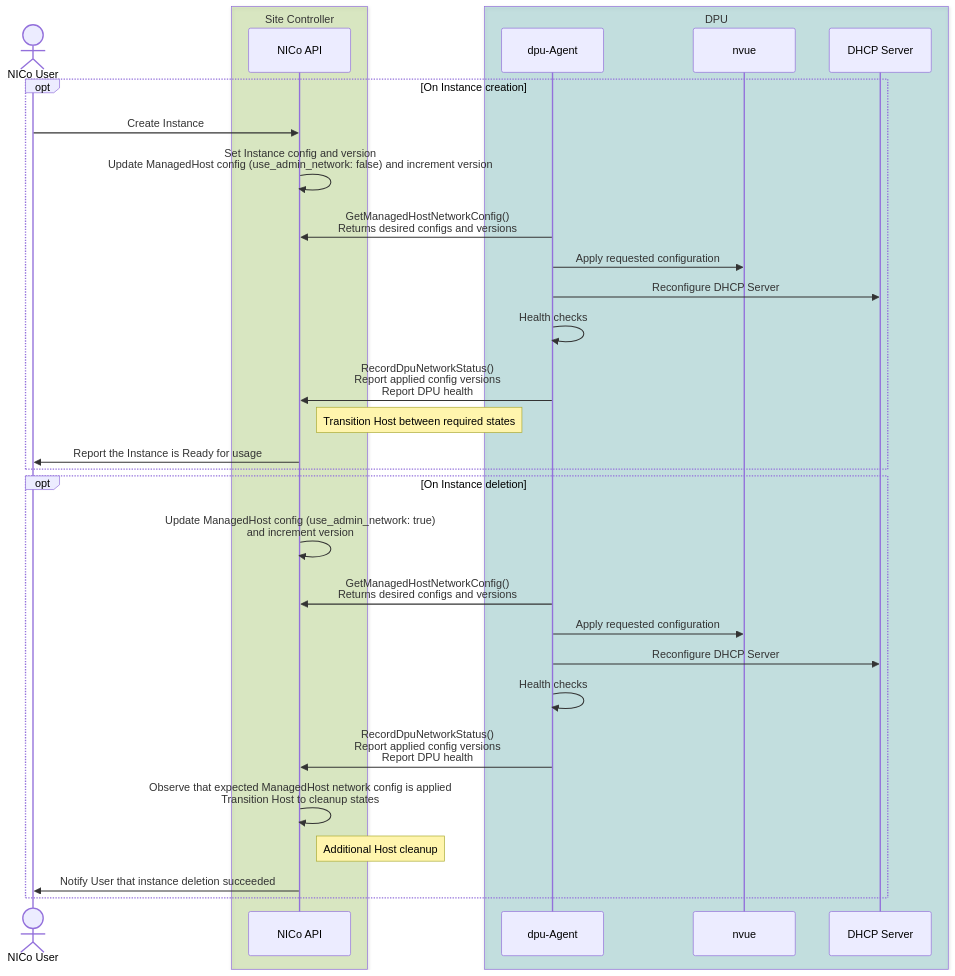
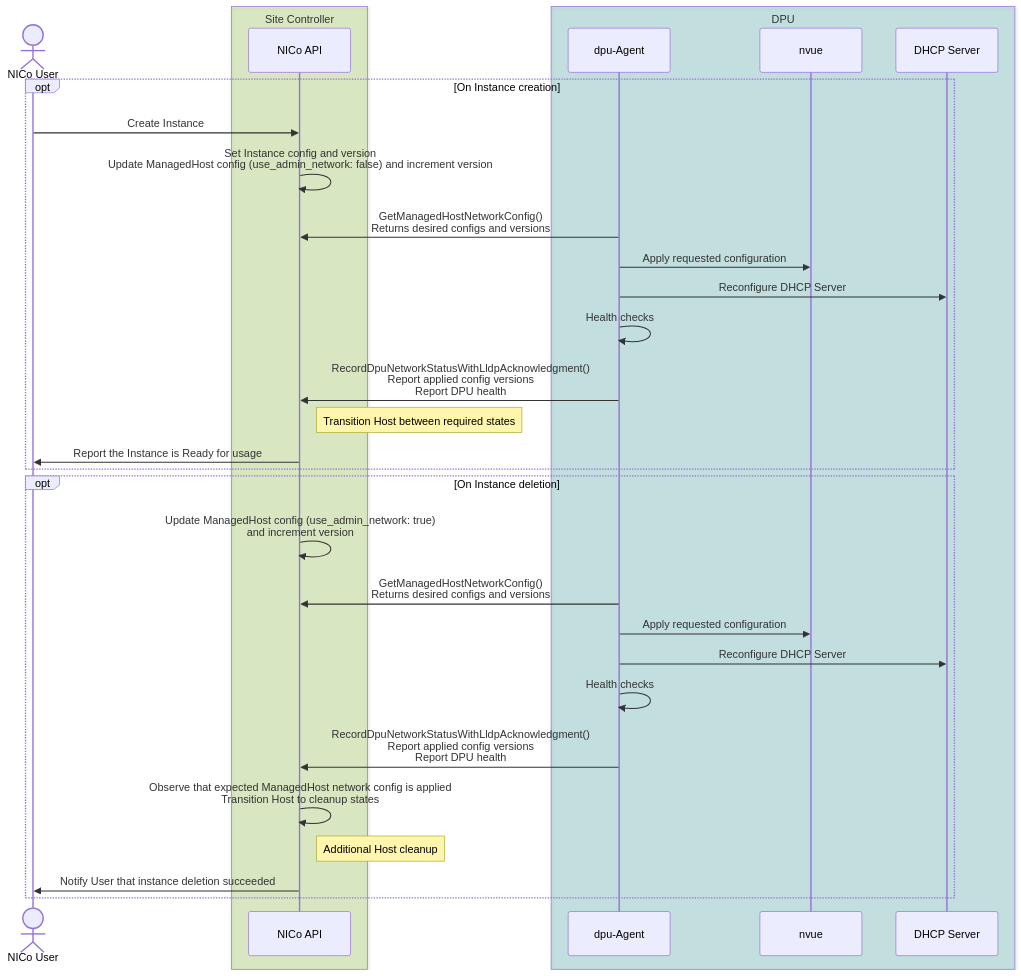
Before and after one commit to dsx-ai-factory/infra-controller: the second of 2 diagrams in docs/dpu-management/dpu_configuration.md, drawn with Mermaid. The commit also changed other lines of this file and 23 other files, not shown here.

Commit message:
fix(lldp): preserve the status RPC contract and select acknowledgment by capability

````diff
--- a/docs/dpu-management/dpu_configuration.md
+++ b/docs/dpu-management/dpu_configuration.md
@@ -254,38 +254,38 @@
 ```mermaid
 sequenceDiagram
     actor User as NICo User
 
     box rgba(118, 185, 0, .2) Site Controller
         participant NICo as NICo API
     end
 
     box rgba(8, 143, 143, .2) DPU
         participant Agent as dpu-Agent
         participant Nvue as nvue
         participant Dhcp as DHCP Server
     end
 
     opt On Instance creation
         User ->> NICo: Create Instance
         NICo ->> NICo: Set Instance config and version<br>Update ManagedHost config (use_admin_network: false) and increment version
         Agent->>NICo: GetManagedHostNetworkConfig()<br>Returns desired configs and versions
         Agent->>Nvue: Apply requested configuration
         Agent->>Dhcp: Reconfigure DHCP Server
         Agent->>Agent: Health checks
-        Agent->>NICo: RecordDpuNetworkStatus()<br>Report applied config versions<br>Report DPU health
+        Agent->>NICo: RecordDpuNetworkStatusWithLldpAcknowledgment()<br>Report applied config versions<br>Report DPU health
         Note right of NICo: Transition Host between required states
         NICo ->> User: Report the Instance is Ready for usage
     end
 
     opt On Instance deletion
         NICo ->> NICo: Update ManagedHost config (use_admin_network: true)<br>and increment version
         Agent->>NICo: GetManagedHostNetworkConfig()<br>Returns desired configs and versions
         Agent->>Nvue: Apply requested configuration
         Agent->>Dhcp: Reconfigure DHCP Server
         Agent->>Agent: Health checks
-        Agent->>NICo: RecordDpuNetworkStatus()<br>Report applied config versions<br>Report DPU health
+        Agent->>NICo: RecordDpuNetworkStatusWithLldpAcknowledgment()<br>Report applied config versions<br>Report DPU health
         NICo->>NICo: Observe that expected ManagedHost network config is applied<br>Transition Host to cleanup states
         Note right of NICo: Additional Host cleanup
         NICo ->> User: Notify User that instance deletion succeeded
     end
 ```
````
